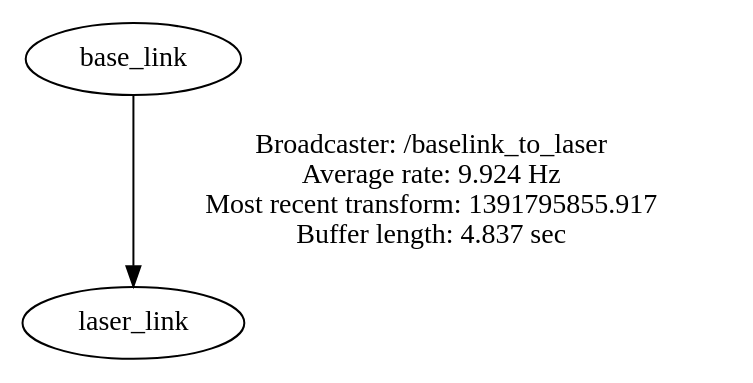
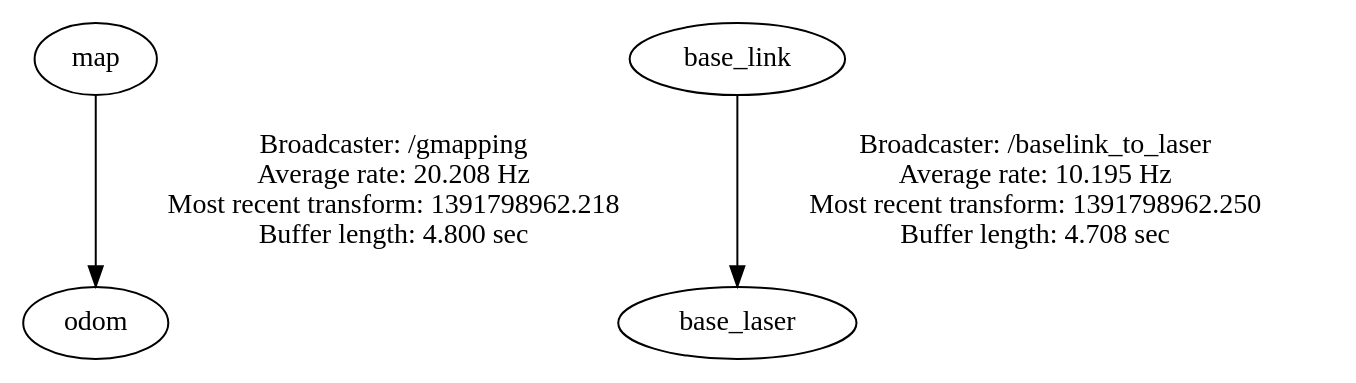
Before and after one commit to jrhizor/roslyn: the diagram in src/navigation/launch/distributed/frames.gv, drawn with Graphviz. The commit also changed 4 other files, not shown here.

```diff
--- a/src/navigation/launch/distributed/frames.gv
+++ b/src/navigation/launch/distributed/frames.gv
@@ -1,3 +1,4 @@
 digraph G {
-"base_link" -> "laser_link"[label="Broadcaster: /baselink_to_laser\nAverage rate: 9.924 Hz\nMost recent transform: 1391795855.917 \nBuffer length: 4.837 sec\n"];
+"map" -> "odom"[label="Broadcaster: /gmapping\nAverage rate: 20.208 Hz\nMost recent transform: 1391798962.218 \nBuffer length: 4.800 sec\n"];
+"base_link" -> "base_laser"[label="Broadcaster: /baselink_to_laser\nAverage rate: 10.195 Hz\nMost recent transform: 1391798962.250 \nBuffer length: 4.708 sec\n"];
 }
```
